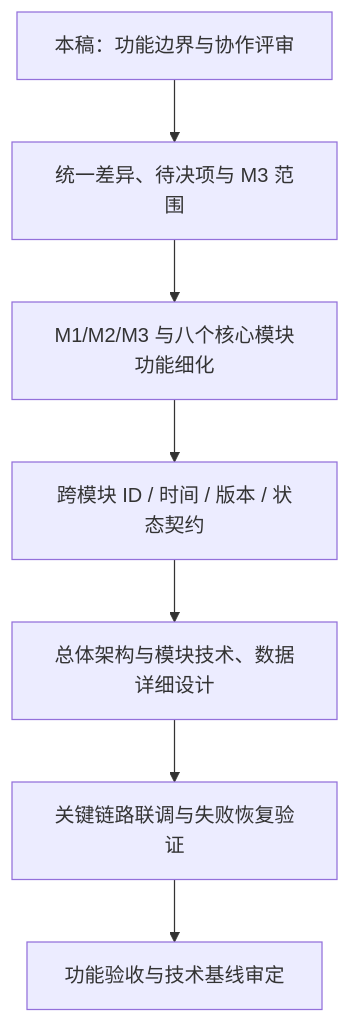
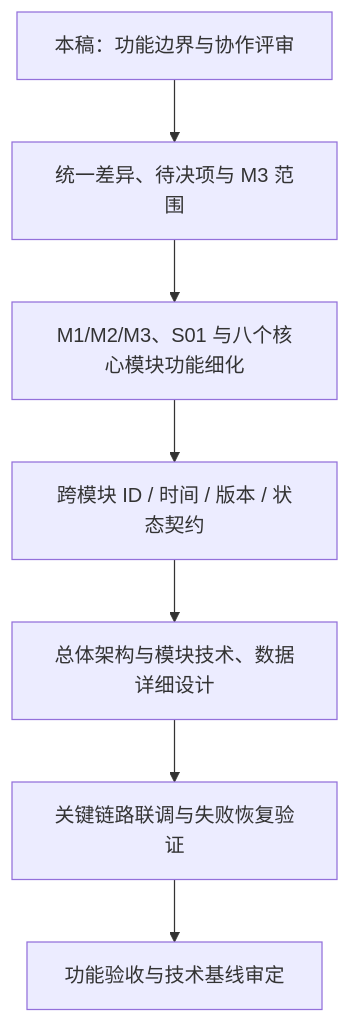
Before and after one commit to caojingwen1996/obsidian_kb: diagram 18 of 18 in tools/RiskHot/docs/system-design/03-系统功能架构/系统功能架构总览.md, drawn with Mermaid. The commit also changed other lines of this file and 168 other files, not shown here.

````diff
--- a/tools/RiskHot/docs/system-design/03-系统功能架构/系统功能架构总览.md
+++ b/tools/RiskHot/docs/system-design/03-系统功能架构/系统功能架构总览.md
@@ -1202,9 +1303,9 @@
 ```mermaid
 flowchart TD
     FUNC[本稿：功能边界与协作评审] --> DEC[统一差异、待决项与 M3 范围]
-    DEC --> DETAIL[M1/M2/M3 与八个核心模块功能细化]
+    DEC --> DETAIL[M1/M2/M3、S01 与八个核心模块功能细化]
     DETAIL --> CONTRACT[跨模块 ID / 时间 / 版本 / 状态契约]
     CONTRACT --> TECH[总体架构与模块技术、数据详细设计]
     TECH --> INTEG[关键链路联调与失败恢复验证]
     INTEG --> BASE[功能验收与技术基线审定]
 ```
````
